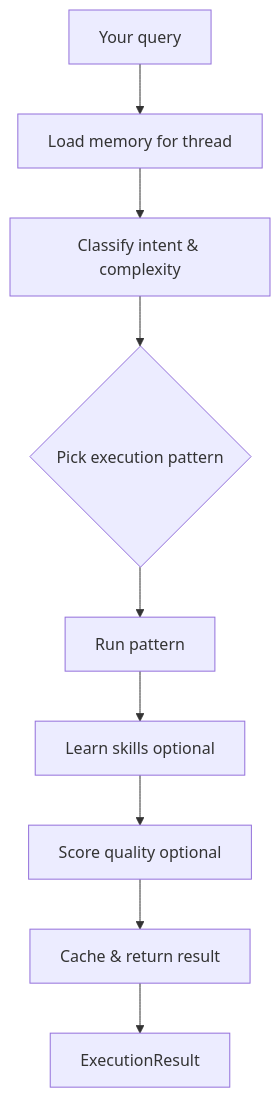
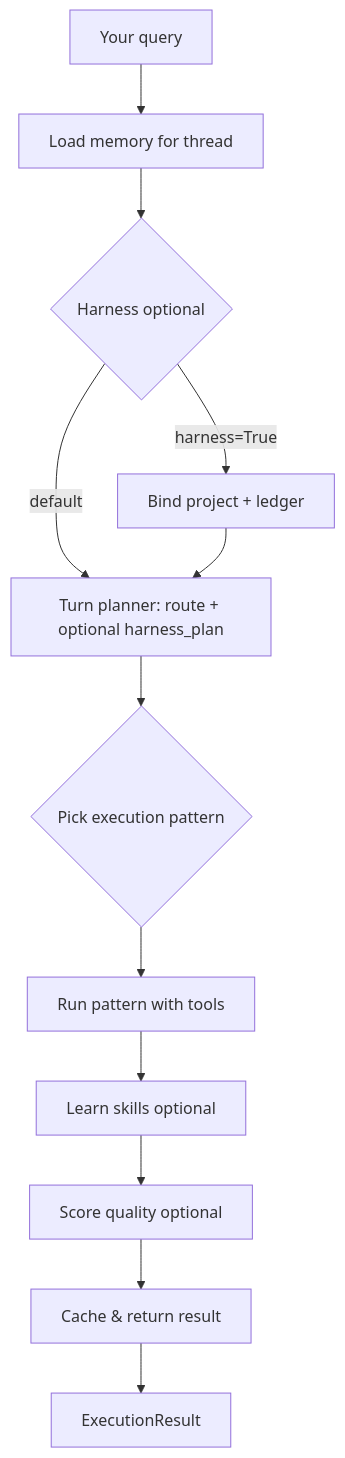
One commit to HELLOMEDHIRA/agloom changed the first of 2 diagrams in agloom/docs/concepts/how-it-works.md. Above: the diagram before and after it, drawn with Mermaid. The commit also changed other lines of this file and 256 other files, not shown here.

````diff
--- a/agloom/docs/concepts/how-it-works.md
+++ b/agloom/docs/concepts/how-it-works.md
@@ -11,11 +11,14 @@
 ```mermaid
 flowchart TD
     A[Your query] --> B[Load memory for thread]
-    B --> C[Classify intent & complexity]
+    B --> H{Harness optional}
+    H -->|harness=True| HB[Bind project + ledger]
+    H -->|default| C
+    HB --> C[Turn planner: route + optional harness_plan]
     C --> D{Pick execution pattern}
-    D --> E[Run pattern]
+    D --> E[Run pattern with tools]
     E --> F[Learn skills optional]
     F --> G[Score quality optional]
-    G --> H[Cache & return result]
-    H --> I[ExecutionResult]
+    G --> R[Cache & return result]
+    R --> I[ExecutionResult]
 ```
````
